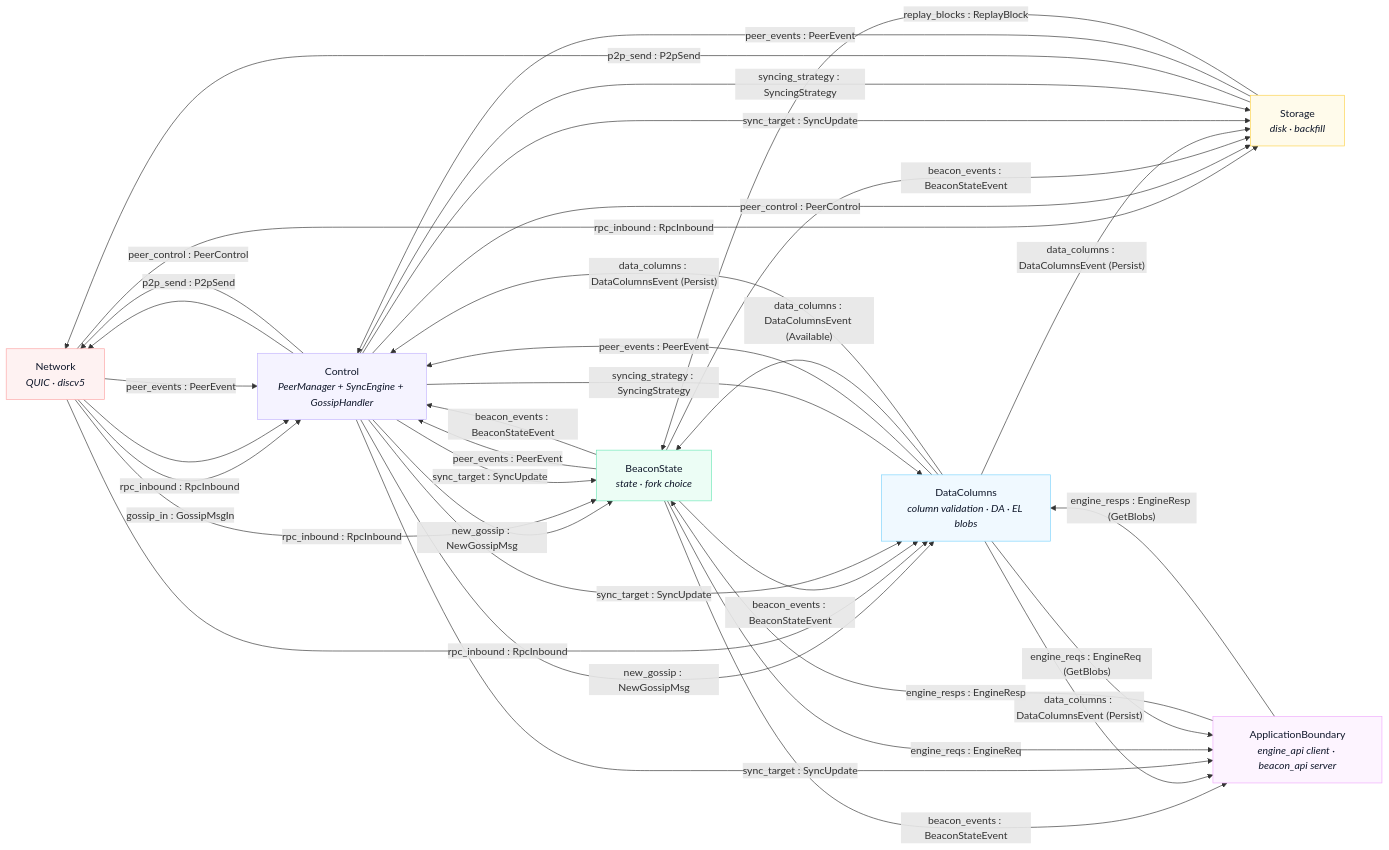
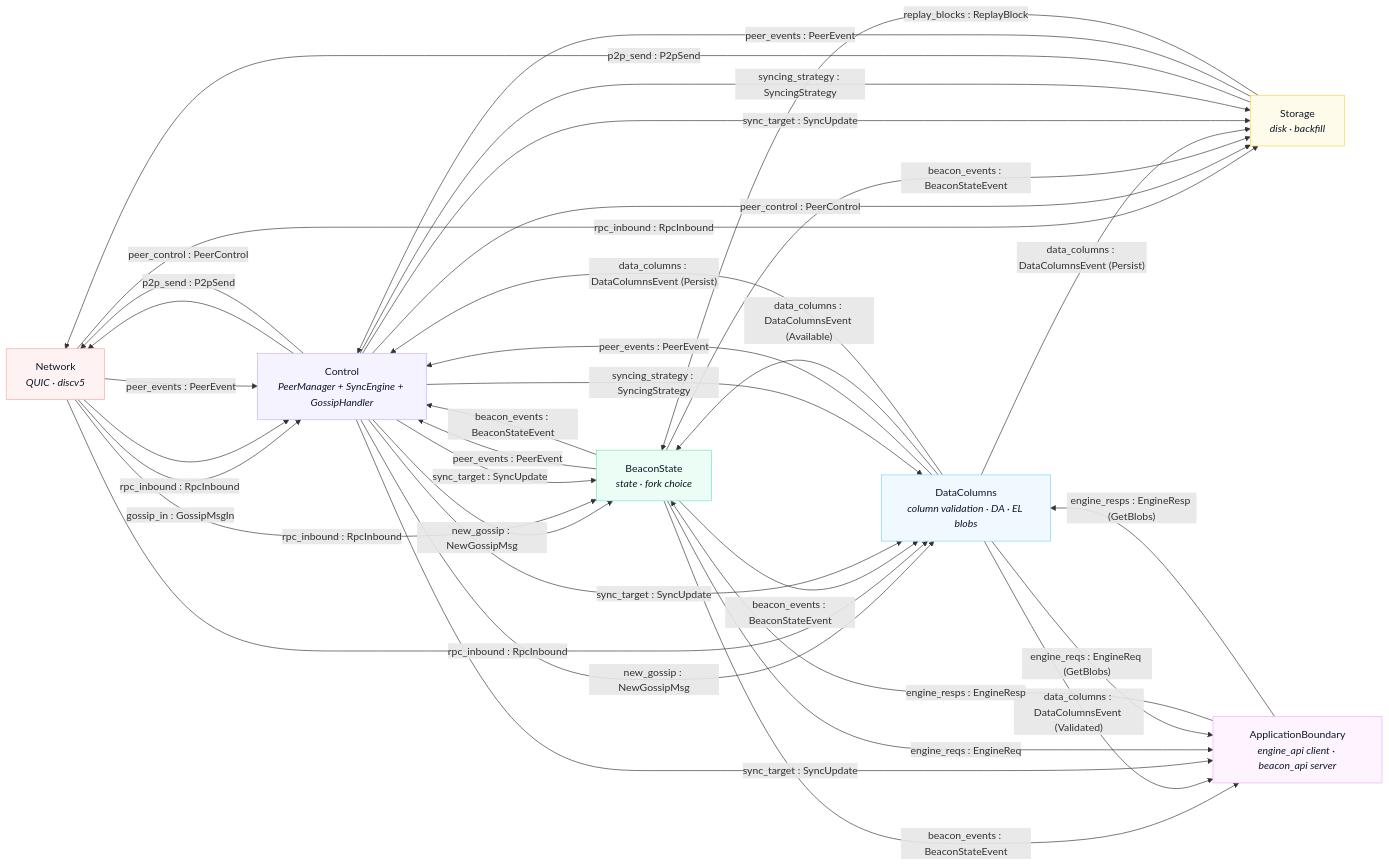
The diagram in docs/spine-message-flow.md (gattaca-com/silver), drawn with Mermaid before and after one commit. The commit also changed other lines of this file and 12 other files, not shown here.

First line of the commit message:
Separate columns events to have exactly once ValidatedColumn message (#271)

````diff
--- a/docs/spine-message-flow.md
+++ b/docs/spine-message-flow.md
@@ -15,63 +15,63 @@
 ```mermaid
 flowchart LR
   NET["Network<br/><i>QUIC · discv5</i>"]
   CTL["Control<br/><i>PeerManager + SyncEngine + GossipHandler</i>"]
   BS["BeaconState<br/><i>state · fork choice</i>"]
   ST["Storage<br/><i>disk · backfill</i>"]
   EN["ApplicationBoundary<br/><i>engine_api client · beacon_api server</i>"]
   DC["DataColumns<br/><i>column validation · DA · EL blobs</i>"]
 
   %% ---- inbound ----
   NET -->|gossip_in : GossipMsgIn| CTL
   CTL -->|new_gossip : NewGossipMsg| BS
   CTL -->|new_gossip : NewGossipMsg| DC
   NET -->|rpc_inbound : RpcInbound| CTL
   NET -->|rpc_inbound : RpcInbound| BS
   NET -->|rpc_inbound : RpcInbound| ST
   NET -->|rpc_inbound : RpcInbound| DC
 
   %% ---- outbound ----
   CTL -->|p2p_send : P2pSend| NET
   ST  -->|p2p_send : P2pSend| NET
 
   %% ---- peer management ----
   NET -->|peer_events : PeerEvent| CTL
   ST  -->|peer_events : PeerEvent| CTL
   BS  -->|peer_events : PeerEvent| CTL
   DC  -->|peer_events : PeerEvent| CTL
   CTL -->|peer_control : PeerControl| NET
   CTL -->|peer_control : PeerControl| ST
 
   %% ---- chain state & DA ----
   BS -->|beacon_events : BeaconStateEvent| CTL
   BS -->|beacon_events : BeaconStateEvent| ST
   BS -->|beacon_events : BeaconStateEvent| DC
   BS -->|beacon_events : BeaconStateEvent| EN
   DC -->|"data_columns : DataColumnsEvent (Available)"| BS
   DC -->|"data_columns : DataColumnsEvent (Persist)"| ST
   DC -->|"data_columns : DataColumnsEvent (Persist)"| CTL
-  DC -->|"data_columns : DataColumnsEvent (Persist)"| EN
+  DC -->|"data_columns : DataColumnsEvent (Validated)"| EN
   ST -->|replay_blocks : ReplayBlock| BS
 
   %% ---- sync control ----
   CTL -->|sync_target : SyncUpdate| BS
   CTL -->|sync_target : SyncUpdate| ST
   CTL -->|sync_target : SyncUpdate| DC
   CTL -->|sync_target : SyncUpdate| EN
   CTL -->|syncing_strategy : SyncingStrategy| ST
   CTL -->|syncing_strategy : SyncingStrategy| DC
 
   %% ---- engine / EL ----
   BS -->|engine_reqs : EngineReq| EN
   DC -->|"engine_reqs : EngineReq (GetBlobs)"| EN
   EN -->|engine_resps : EngineResp| BS
   EN -->|"engine_resps : EngineResp (GetBlobs)"| DC
 
   classDef net fill:#fef2f2,stroke:#fca5a5,color:#0f172a;
   classDef ctl fill:#f5f3ff,stroke:#c4b5fd,color:#0f172a;
   classDef bs  fill:#ecfdf5,stroke:#6ee7b7,color:#0f172a;
   classDef st  fill:#fffbeb,stroke:#fcd34d,color:#0f172a;
   classDef en  fill:#fdf4ff,stroke:#f0abfc,color:#0f172a;
   classDef dc  fill:#f0f9ff,stroke:#7dd3fc,color:#0f172a;
   class NET net; class CTL ctl; class BS bs; class ST st; class EN en; class DC dc;
 ```
````
